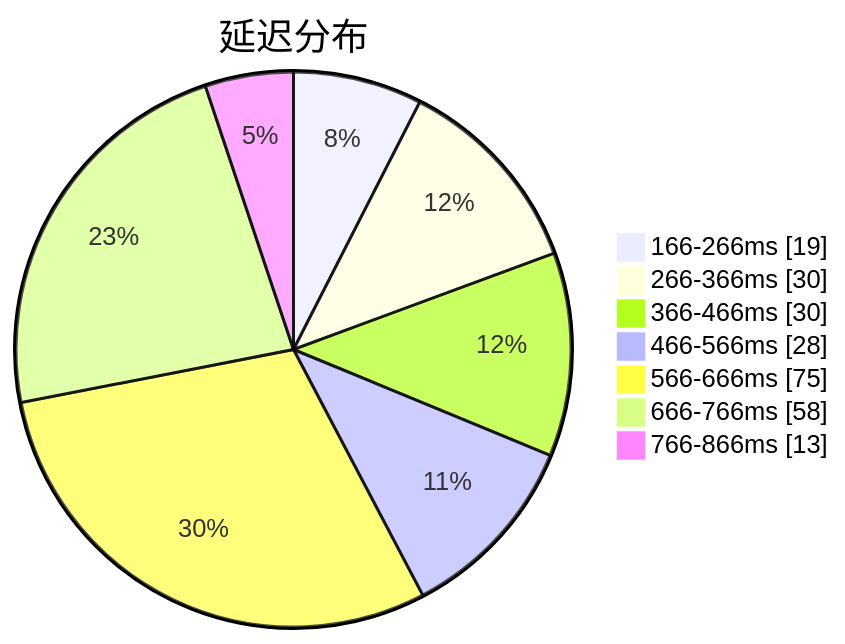
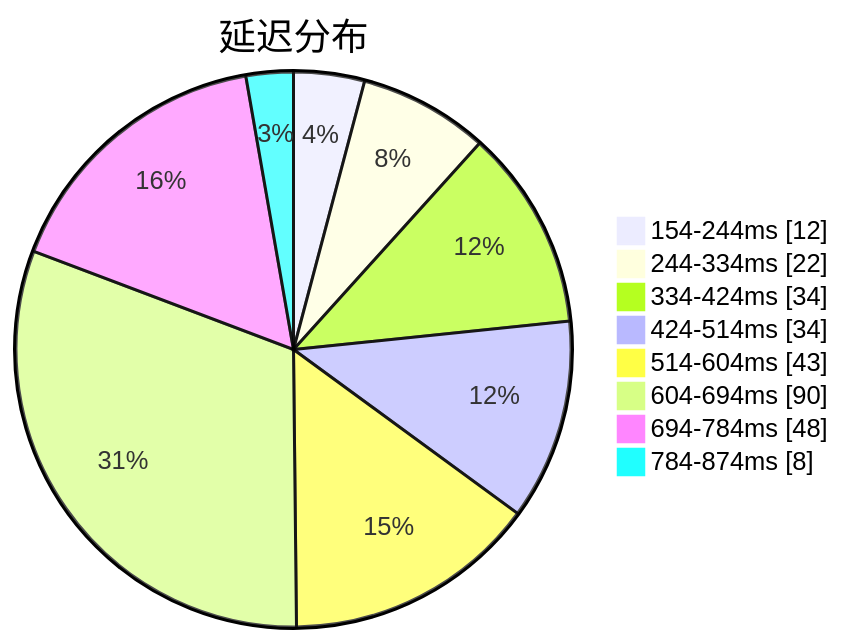
The first of 3 diagrams in subs/statistics/tested_within.md (qjlxg/airport), drawn with Mermaid before and after one commit. The commit also changed other lines of this file and 2 other files, not shown here.

Commit message:
Tested by metaST

````diff
--- a/subs/statistics/tested_within.md
+++ b/subs/statistics/tested_within.md
@@ -2,11 +2,12 @@
 ```mermaid
 pie showData
 title 延迟分布
-"166-266ms" : 19
-"266-366ms" : 30
-"366-466ms" : 30
-"466-566ms" : 28
-"566-666ms" : 75
-"666-766ms" : 58
-"766-866ms" : 13
+"154-244ms" : 12
+"244-334ms" : 22
+"334-424ms" : 34
+"424-514ms" : 34
+"514-604ms" : 43
+"604-694ms" : 90
+"694-784ms" : 48
+"784-874ms" : 8
 ```
````
